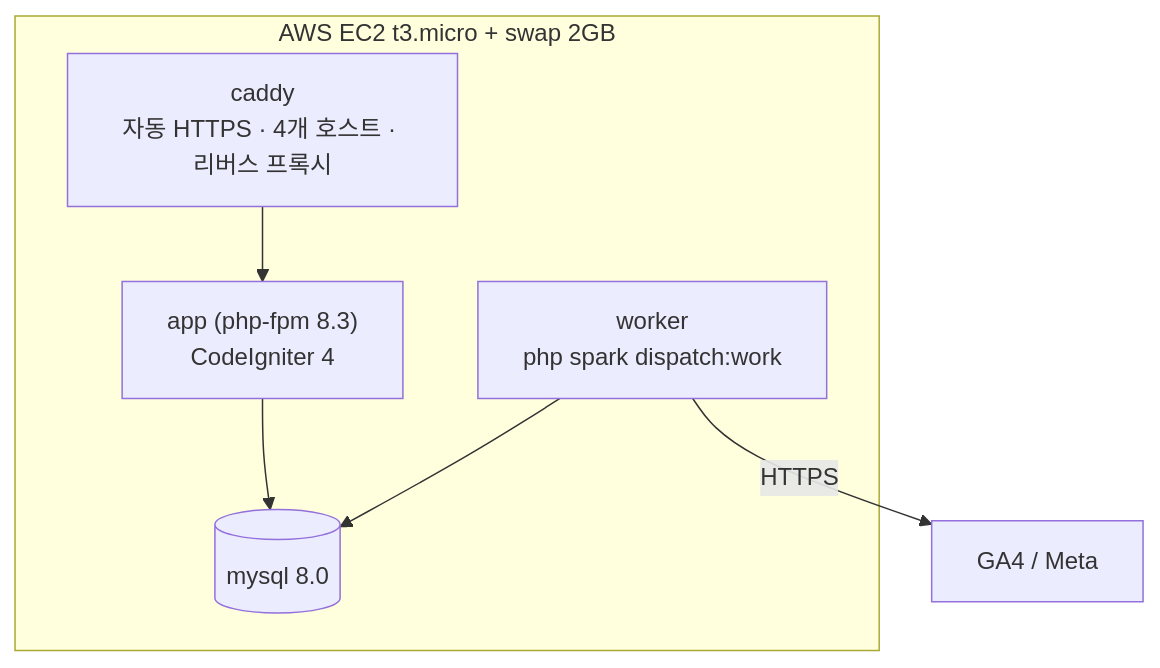
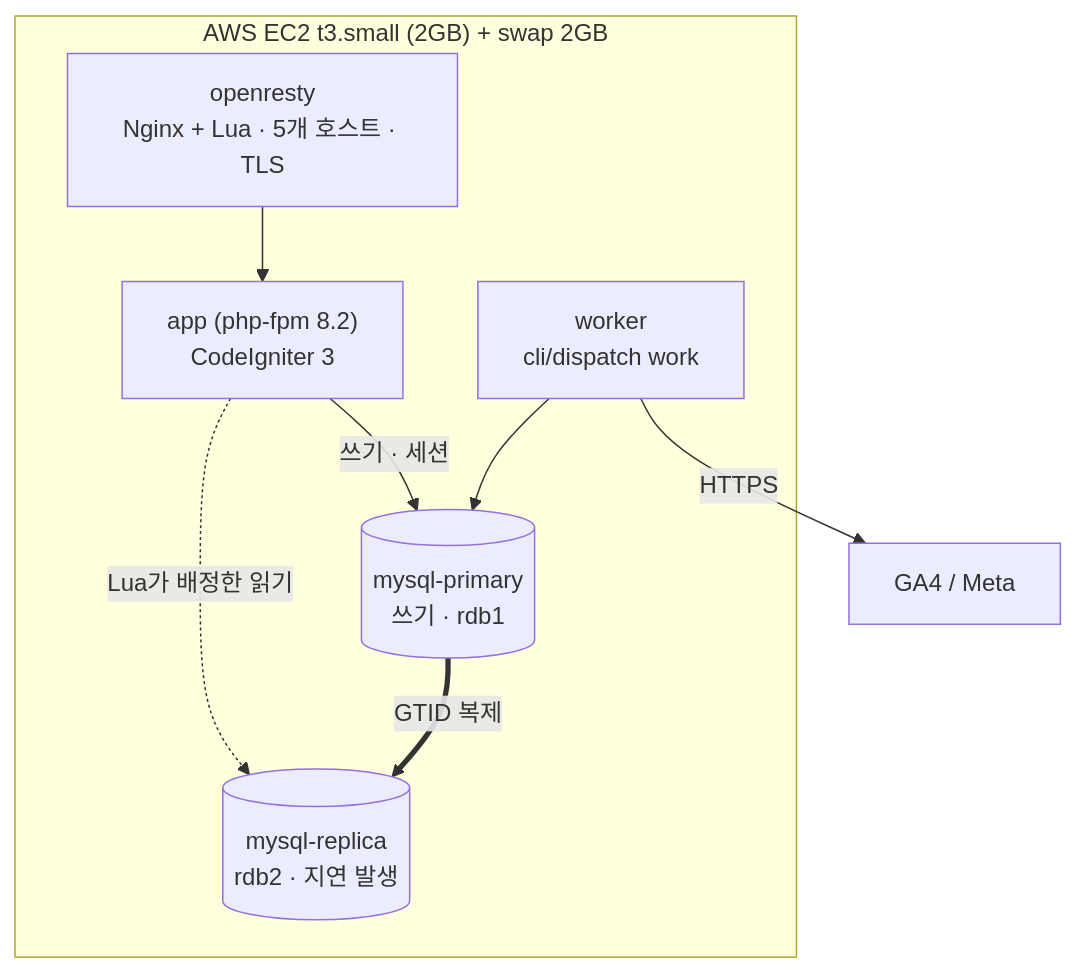
One commit to http1220/touchpoint changed the second of 5 diagrams in docs/architecture.md. Above: the diagram before and after it, drawn with Mermaid. The commit also changed other lines of this file and 11 other files, not shown here.

First line of the commit message:
문서를 실제 구성에 맞게 정정 — Caddy·CI4·t3.micro 잔재

````diff
--- a/docs/architecture.md
+++ b/docs/architecture.md
@@ -42,13 +42,16 @@
 ```mermaid
 flowchart TB
-    subgraph EC2["AWS EC2 t3.micro + swap 2GB"]
-        CADDY["caddy<br/>자동 HTTPS · 4개 호스트 · 리버스 프록시"]
-        PHP["app (php-fpm 8.3)<br/>CodeIgniter 4"]
-        WORKER["worker<br/>php spark dispatch:work"]
-        MYSQL[("mysql 8.0")]
-        CADDY --> PHP
-        PHP --> MYSQL
-        WORKER --> MYSQL
+    subgraph EC2["AWS EC2 t3.small (2GB) + swap 2GB"]
+        NGX["openresty<br/>Nginx + Lua · 5개 호스트 · TLS"]
+        PHP["app (php-fpm 8.2)<br/>CodeIgniter 3"]
+        WORKER["worker<br/>cli/dispatch work"]
+        PRI[("mysql-primary<br/>쓰기 · rdb1")]
+        REP[("mysql-replica<br/>rdb2 · 지연 발생")]
+        NGX --> PHP
+        PHP -->|"쓰기 · 세션"| PRI
+        PHP -.->|"Lua가 배정한 읽기"| REP
+        PRI ==>|"GTID 복제"| REP
+        WORKER --> PRI
     end
     WORKER -->|HTTPS| EXT["GA4 / Meta"]
 ```
````
